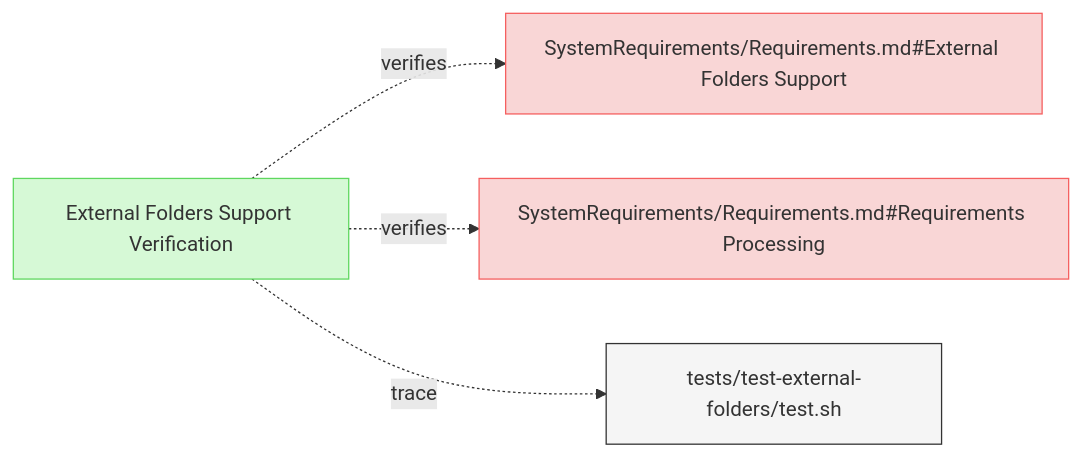
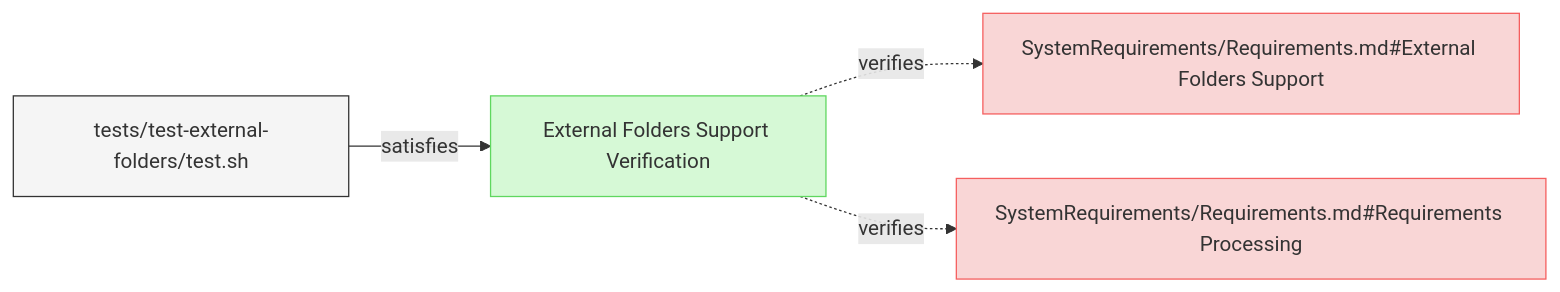
One commit to reqvire-org/reqvire changed the second of 3 diagrams in specifications/Verifications/LintingTests.md. Above: the diagram before and after it, drawn with Mermaid. The commit also changed other lines of this file and 16 other files, not shown here.

Commit message:
Use satisfiedBy for test Verifications.

````diff
--- a/specifications/Verifications/LintingTests.md
+++ b/specifications/Verifications/LintingTests.md
@@ -218,24 +195,24 @@
 ```mermaid
 graph LR;
   %% Graph styling
   classDef requirement fill:#f9d6d6,stroke:#f55f5f,stroke-width:1px;
   classDef verification fill:#d6f9d6,stroke:#5fd75f,stroke-width:1px;
   classDef externalLink fill:#d0e0ff,stroke:#3080ff,stroke-width:1px;
   classDef default fill:#f5f5f5,stroke:#333333,stroke-width:1px;
 
   5fac8f1060a40eb9["External Folders Support Verification"];
-  click 5fac8f1060a40eb9 "https://github.com/Reqvire/reqvire/blob/92e82ef235559b4819fd85d700024b79b452d8e3/specifications/Verifications/LintingTests.md#external-folders-support-verification";
+  click 5fac8f1060a40eb9 "https://github.com/Reqvire/reqvire/blob/30536324899084e88969175e3613c971ffa6e108/specifications/Verifications/LintingTests.md#external-folders-support-verification";
   class 5fac8f1060a40eb9 verification;
   66080aef4185b07d["SystemRequirements/Requirements.md#External Folders Support"];
   class 66080aef4185b07d requirement;
-  click 66080aef4185b07d "https://github.com/Reqvire/reqvire/blob/92e82ef235559b4819fd85d700024b79b452d8e3/specifications/SystemRequirements/Requirements.md#external-folders-support";
+  click 66080aef4185b07d "https://github.com/Reqvire/reqvire/blob/30536324899084e88969175e3613c971ffa6e108/specifications/SystemRequirements/Requirements.md#external-folders-support";
   5fac8f1060a40eb9 -.->|verifies| 66080aef4185b07d;
   f24f11691f55af62["SystemRequirements/Requirements.md#Requirements Processing"];
   class f24f11691f55af62 requirement;
-  click f24f11691f55af62 "https://github.com/Reqvire/reqvire/blob/92e82ef235559b4819fd85d700024b79b452d8e3/specifications/SystemRequirements/Requirements.md#requirements-processing";
+  click f24f11691f55af62 "https://github.com/Reqvire/reqvire/blob/30536324899084e88969175e3613c971ffa6e108/specifications/SystemRequirements/Requirements.md#requirements-processing";
   5fac8f1060a40eb9 -.->|verifies| f24f11691f55af62;
   aaaee4f2b1759d4d["tests/test-external-folders/test.sh"];
   class aaaee4f2b1759d4d default;
-  click aaaee4f2b1759d4d "https://github.com/Reqvire/reqvire/blob/92e82ef235559b4819fd85d700024b79b452d8e3/tests/test-external-folders/test.sh";
-  5fac8f1060a40eb9 -.->|trace| aaaee4f2b1759d4d;
+  click aaaee4f2b1759d4d "https://github.com/Reqvire/reqvire/blob/30536324899084e88969175e3613c971ffa6e108/tests/test-external-folders/test.sh";
+  aaaee4f2b1759d4d -->|satisfies| 5fac8f1060a40eb9;
 ```
````
